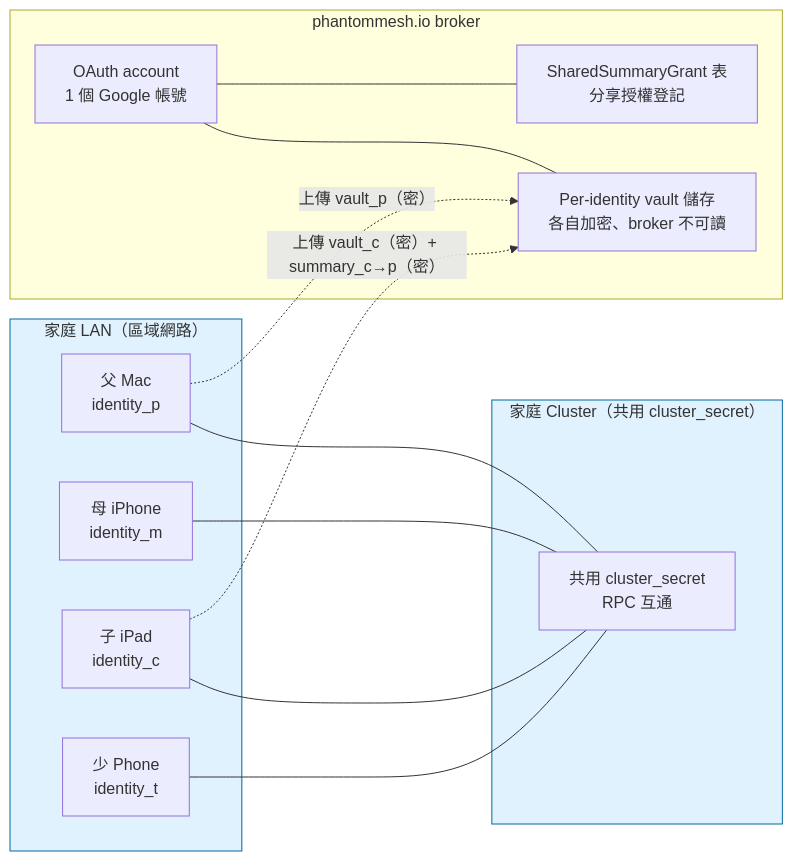
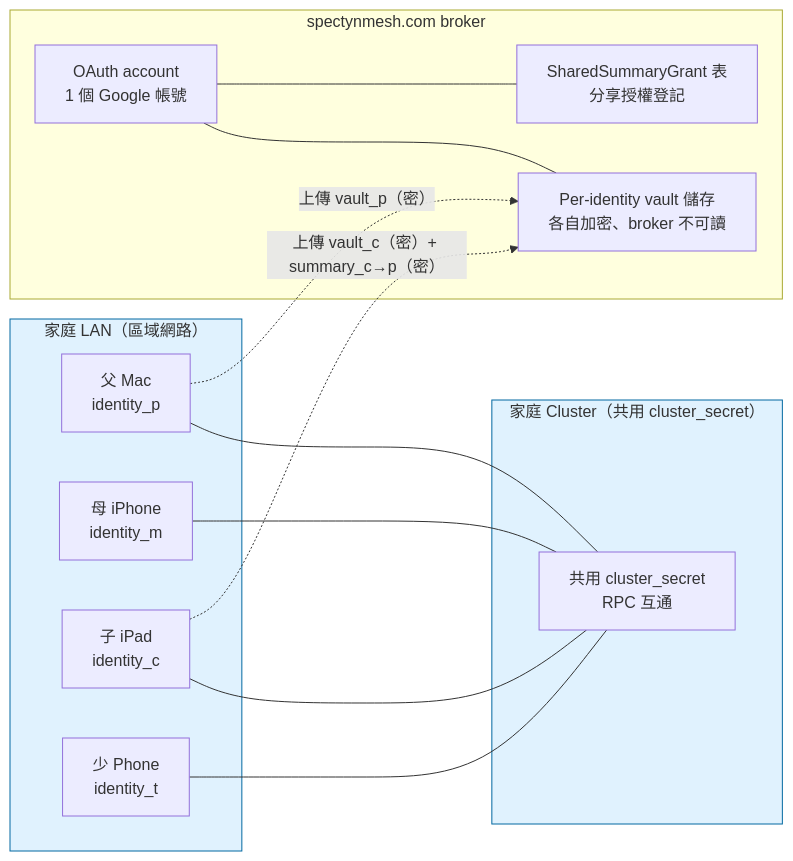
The first of 3 diagrams in docs/spec/history/2026-05-30/deferred/SPEC-71-EXP-multi-user-household.md (markl-a/phantom-mesh), drawn with Mermaid before and after one commit. The commit also changed other lines of this file and 28 other files, not shown here.

First line of the commit message:
domain: make spectynmesh.com the public face

````diff
--- a/docs/spec/history/2026-05-30/deferred/SPEC-71-EXP-multi-user-household.md
+++ b/docs/spec/history/2026-05-30/deferred/SPEC-71-EXP-multi-user-household.md
@@ -152,32 +152,32 @@
 ```mermaid
 flowchart LR
     subgraph LAN ["家庭 LAN（區域網路）"]
         P_Mac["父 Mac<br/>identity_p"]
         M_iPhone["母 iPhone<br/>identity_m"]
         C_iPad["子 iPad<br/>identity_c"]
         T_Phone["少 Phone<br/>identity_t"]
     end
 
     subgraph Cluster ["家庭 Cluster（共用 cluster_secret）"]
         Shared["共用 cluster_secret<br/>RPC 互通"]
     end
 
-    subgraph Broker ["phantommesh.io broker"]
+    subgraph Broker ["spectynmesh.com broker"]
         BAuth["OAuth account<br/>1 個 Google 帳號"]
         Vaults["Per-identity vault 儲存<br/>各自加密、broker 不可讀"]
         Grants["SharedSummaryGrant 表<br/>分享授權登記"]
     end
 
     P_Mac --- Shared
     M_iPhone --- Shared
     C_iPad --- Shared
     T_Phone --- Shared
 
     P_Mac -. "上傳 vault_p（密）" .-> Vaults
     C_iPad -. "上傳 vault_c（密）+ summary_c→p（密）" .-> Vaults
     BAuth --- Vaults
     BAuth --- Grants
 
     classDef trust fill:#e0f2fe,stroke:#0369a1
     class LAN,Cluster trust
 ```
````
